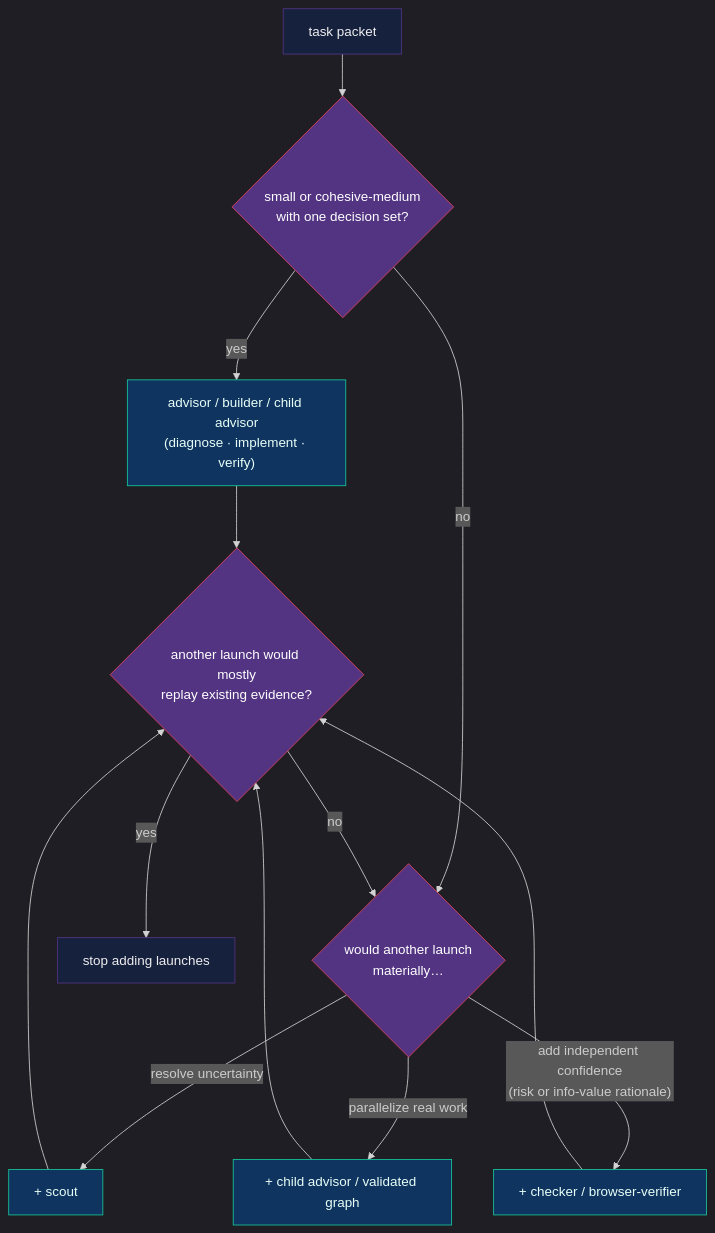
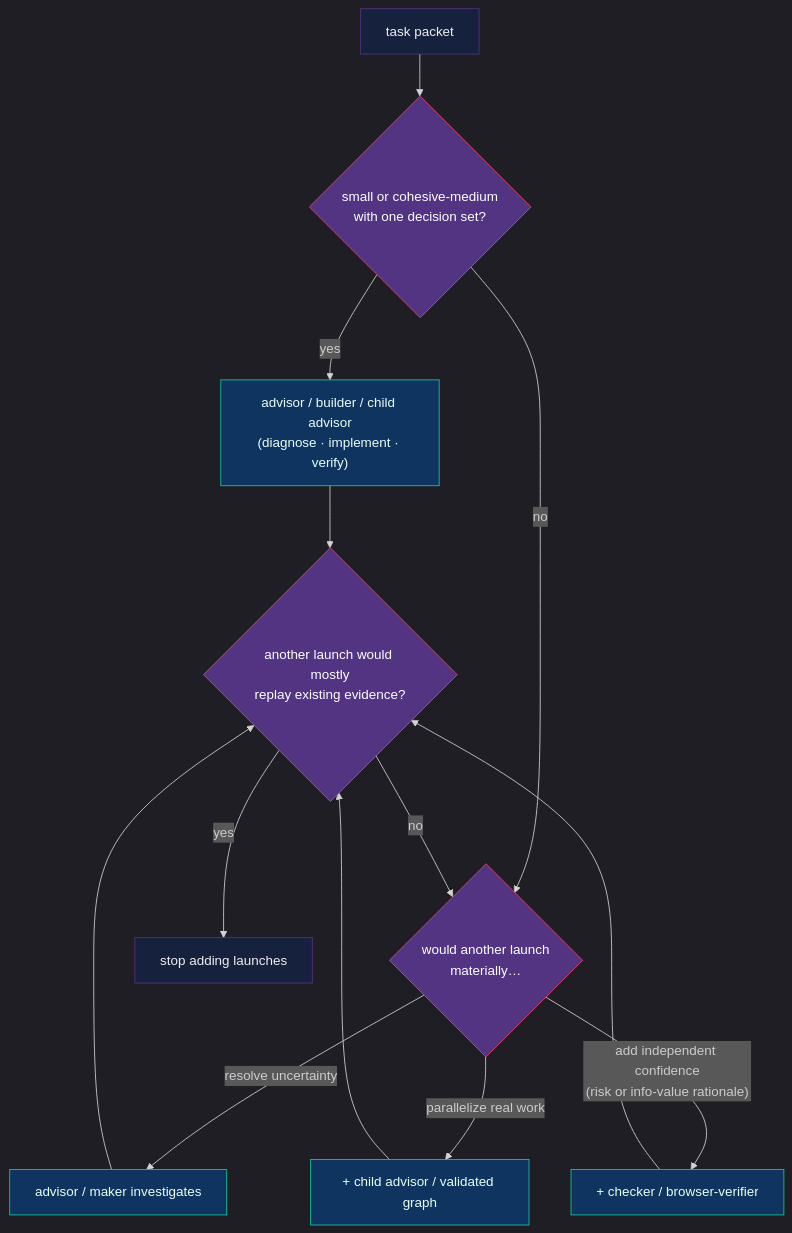
Before and after one commit to nourhelmi/pi-meta-harness: the diagram in docs/advisor-runtime.md, drawn with Mermaid. The commit also changed other lines of this file and 43 other files, not shown here.

````diff
--- a/docs/advisor-runtime.md
+++ b/docs/advisor-runtime.md
@@ -86,26 +86,26 @@
 ```mermaid
 ---
 config:
   theme: dark
 ---
 flowchart TD
   Task["task packet"] --> Q{"small or cohesive-medium\nwith one decision set?"}
   Q -->|yes| Maker["advisor / builder / child advisor\n(diagnose · implement · verify)"]
   Q -->|no| Gate{"would another launch\nmaterially…"}
-  Gate -->|"resolve uncertainty"| Scout["+ scout"]
+  Gate -->|"resolve uncertainty"| Investigate["advisor / maker investigates"]
   Gate -->|"parallelize real work"| Graph["+ child advisor / validated graph"]
   Gate -->|"add independent confidence\n(risk or info-value rationale)"| Check["+ checker / browser-verifier"]
-  Scout --> Stop
+  Investigate --> Stop
   Graph --> Stop
   Check --> Stop
   Maker --> Stop{"another launch would mostly\nreplay existing evidence?"}
   Stop -->|yes| Done["stop adding launches"]
   Stop -->|no| Gate
 
   classDef q fill:#533483,stroke:#e94560,color:#fff
   classDef w fill:#0f3460,stroke:#16c79a,color:#e8fff7
   classDef t fill:#16213e,stroke:#533483,color:#eee
   class Q,Gate,Stop q
-  class Maker,Scout,Graph,Check w
+  class Maker,Investigate,Graph,Check w
   class Task,Done t
 ```
````
